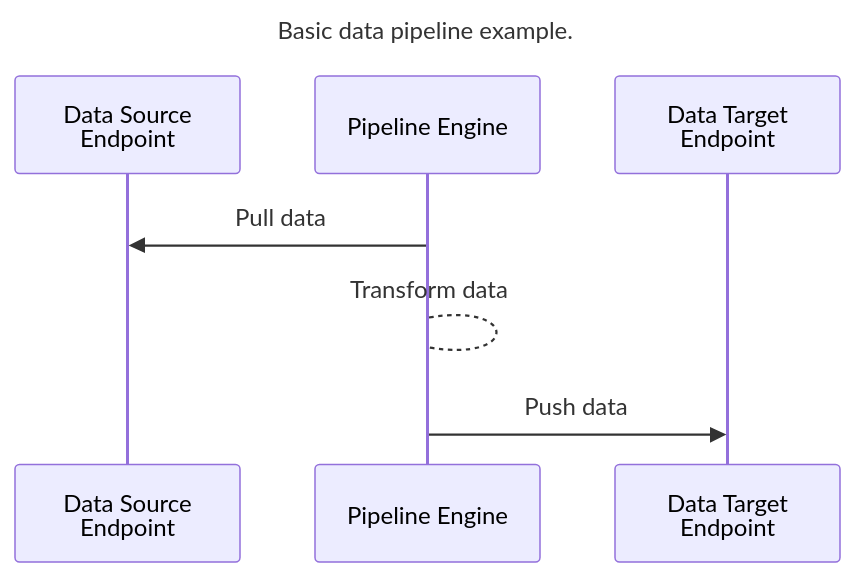
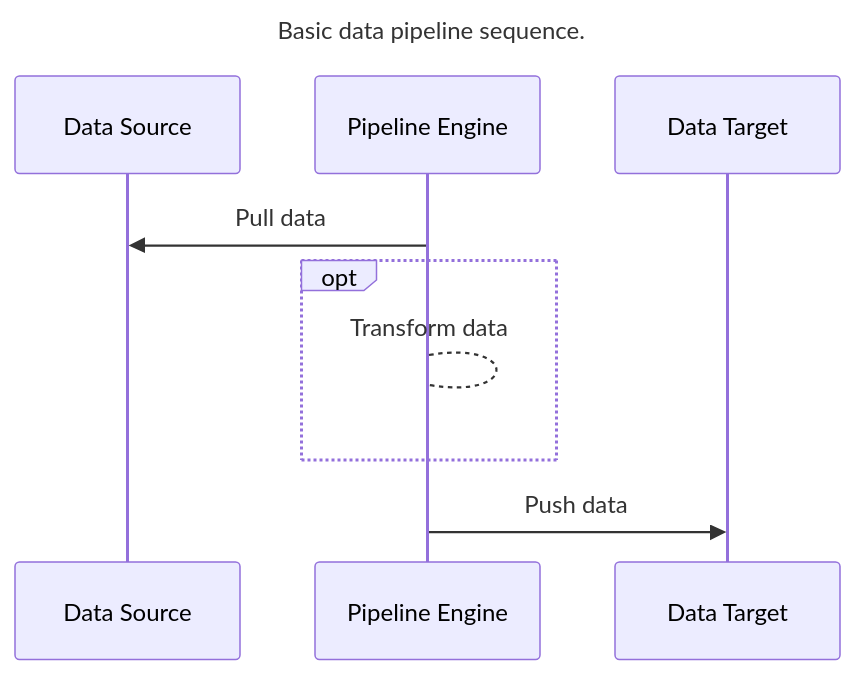
One commit to NathanDWalsh/els changed the first of 7 diagrams in docs/ipp/body.md. Above: the diagram before and after it, drawn with Mermaid. The commit also changed other lines of this file and 1 other file, not shown here.

````diff
--- a/docs/ipp/body.md
+++ b/docs/ipp/body.md
@@ -17,12 +9,14 @@
 ```{.mermaid loc=img format=svg theme=neutral caption=sequence0}
 ---
-title: Basic data pipeline example.
+title: Basic data pipeline sequence.
 ---
 sequenceDiagram
-    participant y as Data Source<br>Endpoint
+    participant y as Data Source
     participant c as Pipeline Engine
-    participant s as Data Target<br>Endpoint
+    participant s as Data Target
     c->>y: Pull data
-    c-->c: Transform data
+    opt
+      c-->c: Transform data
+    end
     c->>s: Push data
 ```
````
